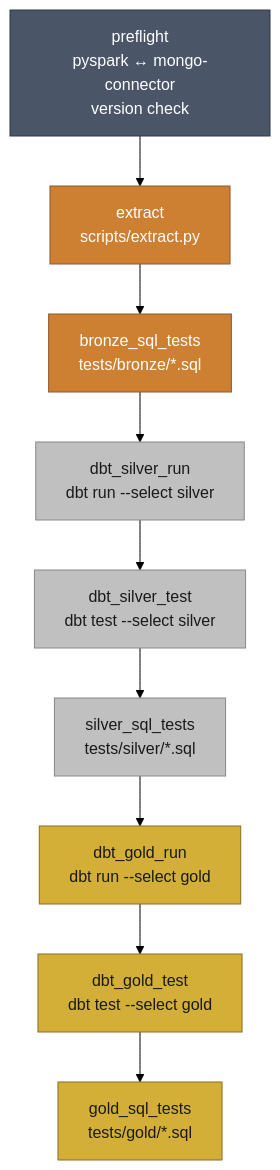
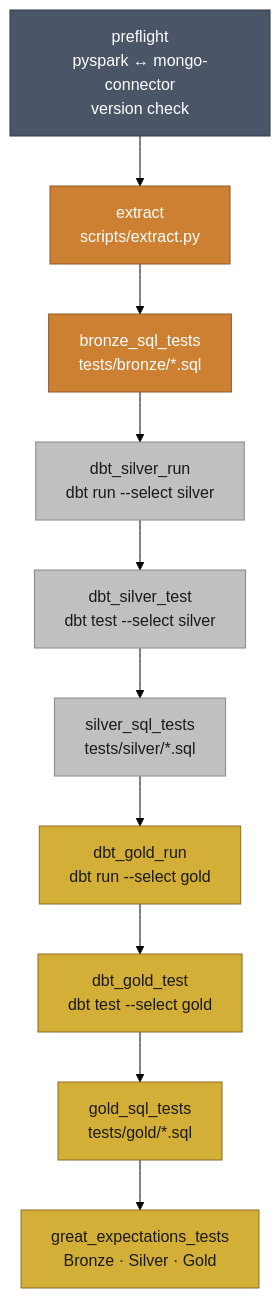
One commit to Nitinx12/Walmart_DBT changed the second of 4 diagrams in docs/airflow.md. Above: the diagram before and after it, drawn with Mermaid (forest theme). The commit also changed other lines of this file and 32 other files, not shown here.

````diff
--- a/docs/airflow.md
+++ b/docs/airflow.md
@@ -83,19 +83,20 @@
 ```mermaid
 flowchart TD
     classDef pre fill:#4a5568,color:#fff,stroke:#2d3748
     classDef bronze fill:#CD7F32,color:#fff,stroke:#8b5a2b
     classDef silver fill:#C0C0C0,color:#1a1a1a,stroke:#888888
     classDef gold fill:#D4AF37,color:#1a1a1a,stroke:#8a6d1f
 
     A["preflight<br/>pyspark ↔ mongo-connector<br/>version check"]:::pre
     B["extract<br/>scripts/extract.py"]:::bronze
     C["bronze_sql_tests<br/>tests/bronze/*.sql"]:::bronze
     D["dbt_silver_run<br/>dbt run --select silver"]:::silver
     E["dbt_silver_test<br/>dbt test --select silver"]:::silver
     F["silver_sql_tests<br/>tests/silver/*.sql"]:::silver
     G["dbt_gold_run<br/>dbt run --select gold"]:::gold
     H["dbt_gold_test<br/>dbt test --select gold"]:::gold
     I["gold_sql_tests<br/>tests/gold/*.sql"]:::gold
+    J["great_expectations_tests<br/>Bronze · Silver · Gold"]:::gold
 
-    A --> B --> C --> D --> E --> F --> G --> H --> I
+    A --> B --> C --> D --> E --> F --> G --> H --> I --> J
 ```
````
